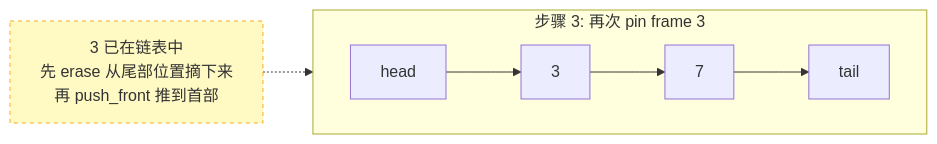
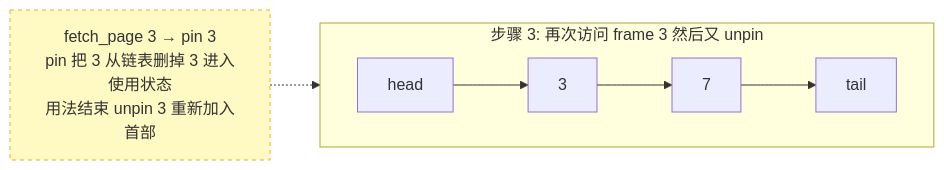
Before and after one commit to Dorian7Alden/RMDB-2024-Analyze: the fifth of 9 diagrams in my-analysis/01-storage-layer/07-page-replacer.md, drawn with Mermaid. The commit also changed other lines of this file, not shown here.

Commit message:
重大修正：LRU 的 pin 是摘掉 unpin 是加入 链表只存可淘汰 frame

````diff
--- a/my-analysis/01-storage-layer/07-page-replacer.md
+++ b/my-analysis/01-storage-layer/07-page-replacer.md
@@ -104,9 +135,9 @@
 ```mermaid
 flowchart LR
-    subgraph S3["步骤 3: 再次 pin frame 3"]
+    subgraph S3["步骤 3: 再次访问 frame 3 然后又 unpin"]
         direction LR
-        H3["head"] --> N3b["3"] --> N7b["7"] --> T3["tail"]
+        H3["head"] --> N3c["3"] --> N7b["7"] --> T3["tail"]
     end
-    NB3["3 已在链表中\n先 erase 从尾部位置摘下来\n再 push_front 推到首部"]:::sticky -.-> N3b
+    NB3["fetch_page 3 → pin 3\npin 把 3 从链表删掉 3 进入使用状态\n用法结束 unpin 3 重新加入首部"]:::sticky -.-> N3c
     classDef sticky fill:#fff9c4,stroke:#f9a825,stroke-dasharray: 4
 ```
````
